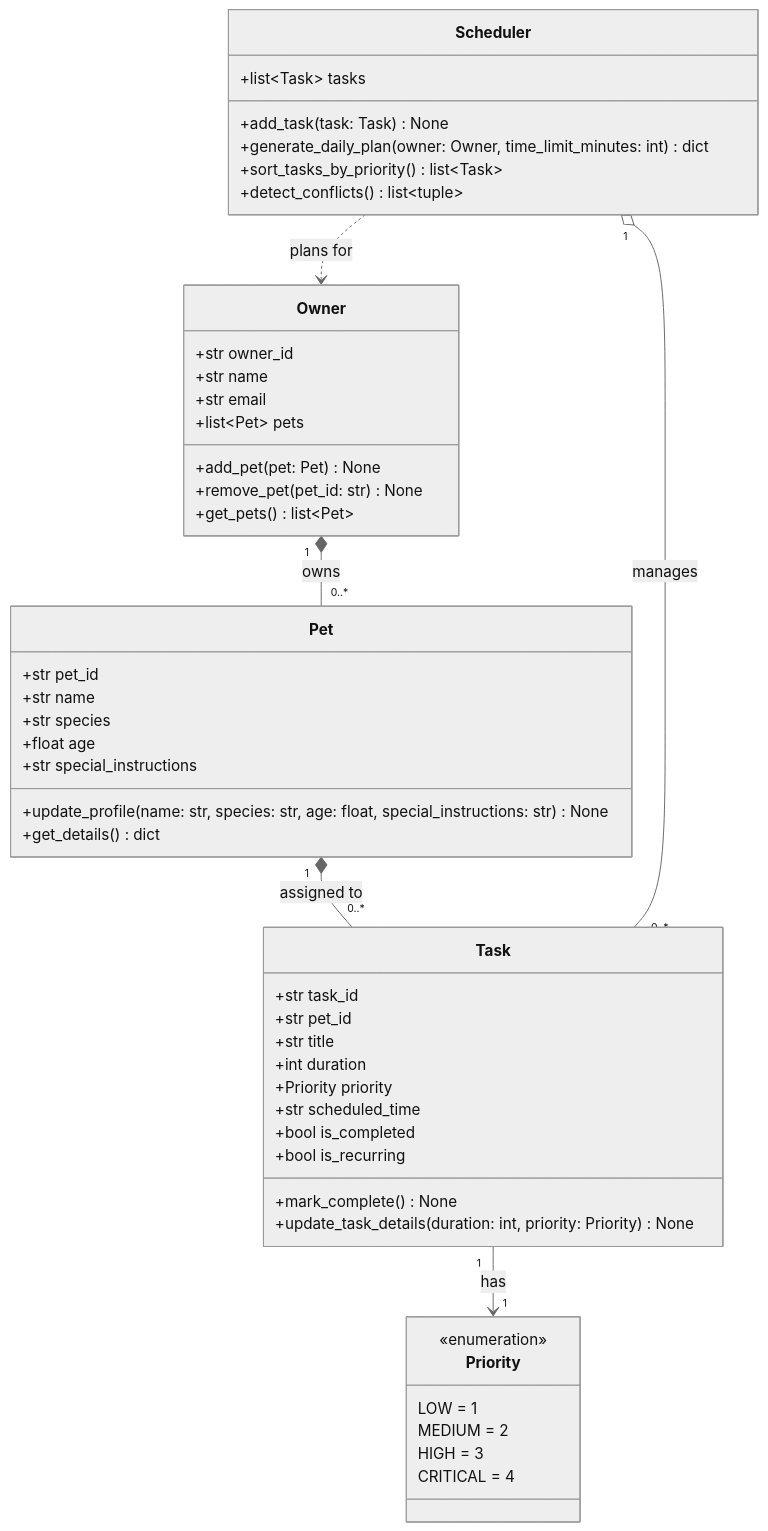
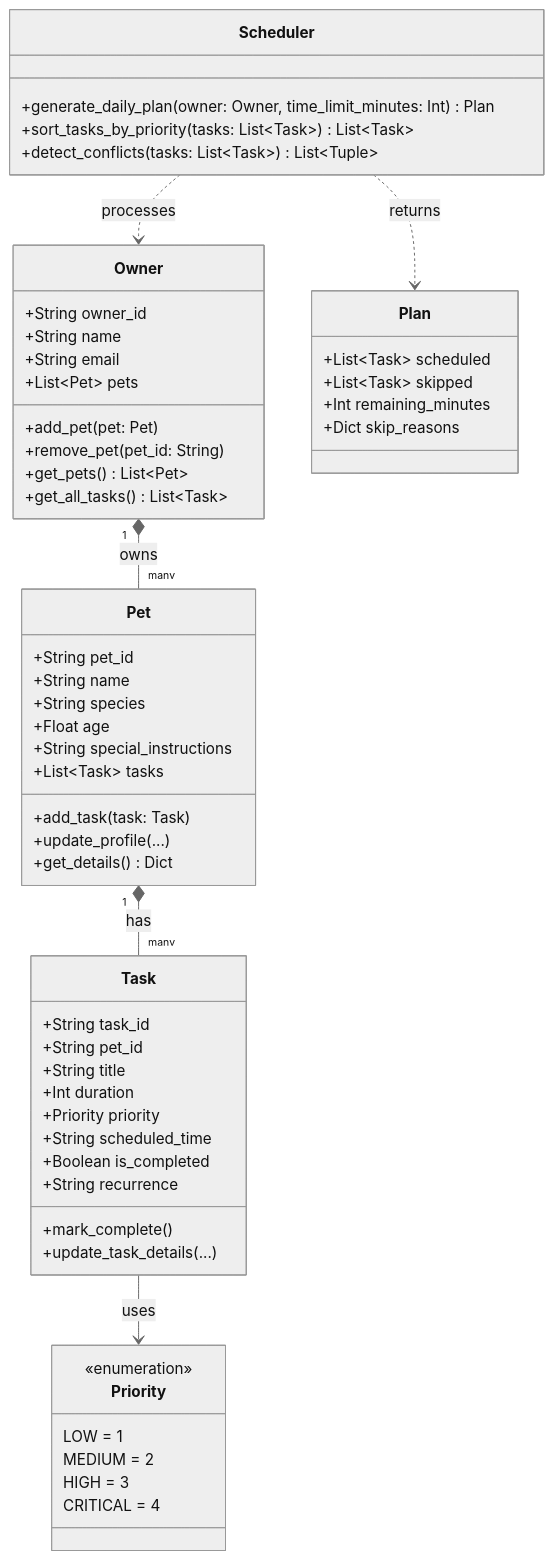
One commit to renee127/ai110-module2show-pawpal-starter changed the diagram in diagrams/uml_draft.mmd. Above: the diagram before and after it, drawn with Mermaid (neutral theme). The commit also changed 2 other files, not shown here.

Commit message:
added ability to add user and pets
The first tab now contains forms to update the Owner's profile and add new Pets

```diff
--- a/diagrams/uml_draft.mmd
+++ b/diagrams/uml_draft.mmd
@@ -1,55 +1,63 @@
 classDiagram
     class Owner {
-        +str owner_id
-        +str name
-        +str email
-        +list~Pet~ pets
-        +add_pet(pet: Pet) None
-        +remove_pet(pet_id: str) None
-        +get_pets() list~Pet~
+        +String owner_id
+        +String name
+        +String email
+        +List~Pet~ pets
+        +add_pet(pet: Pet)
+        +remove_pet(pet_id: String)
+        +get_pets() List~Pet~
+        +get_all_tasks() List~Task~
     }
 
     class Pet {
-        +str pet_id
-        +str name
-        +str species
-        +float age
-        +str special_instructions
-        +update_profile(name: str, species: str, age: float, special_instructions: str) None
-        +get_details() dict
+        +String pet_id
+        +String name
+        +String species
+        +Float age
+        +String special_instructions
+        +List~Task~ tasks
+        +add_task(task: Task)
+        +update_profile(...)
+        +get_details() Dict
+    }
+
+    class Task {
+        +String task_id
+        +String pet_id
+        +String title
+        +Int duration
+        +Priority priority
+        +String scheduled_time
+        +Boolean is_completed
+        +String recurrence
+        +mark_complete()
+        +update_task_details(...)
     }
 
     class Priority {
         <<enumeration>>
         LOW = 1
         MEDIUM = 2
         HIGH = 3
         CRITICAL = 4
     }
 
-    class Task {
-        +str task_id
-        +str pet_id
-        +str title
-        +int duration
-        +Priority priority
-        +str scheduled_time
-        +bool is_completed
-        +bool is_recurring
-        +mark_complete() None
-        +update_task_details(duration: int, priority: Priority) None
+    class Plan {
+        +List~Task~ scheduled
+        +List~Task~ skipped
+        +Int remaining_minutes
+        +Dict skip_reasons
     }
 
     class Scheduler {
-        +list~Task~ tasks
-        +add_task(task: Task) None
-        +generate_daily_plan(owner: Owner, time_limit_minutes: int) dict
-        +sort_tasks_by_priority() list~Task~
-        +detect_conflicts() list~tuple~
+        +generate_daily_plan(owner: Owner, time_limit_minutes: Int) Plan
+        +sort_tasks_by_priority(tasks: List~Task~) List~Task~
+        +detect_conflicts(tasks: List~Task~) List~Tuple~
     }
 
-    Owner "1" *-- "0..*" Pet : owns
-    Pet "1" *-- "0..*" Task : assigned to
-    Task "1" --> "1" Priority : has
-    Scheduler "1" o-- "0..*" Task : manages
-    Scheduler ..> Owner : plans for
+    Owner "1" *-- "many" Pet : owns
+    Pet "1" *-- "many" Task : has
+    Task --> Priority : uses
+    Scheduler ..> Plan : returns
+    Scheduler ..> Owner : processes
```
